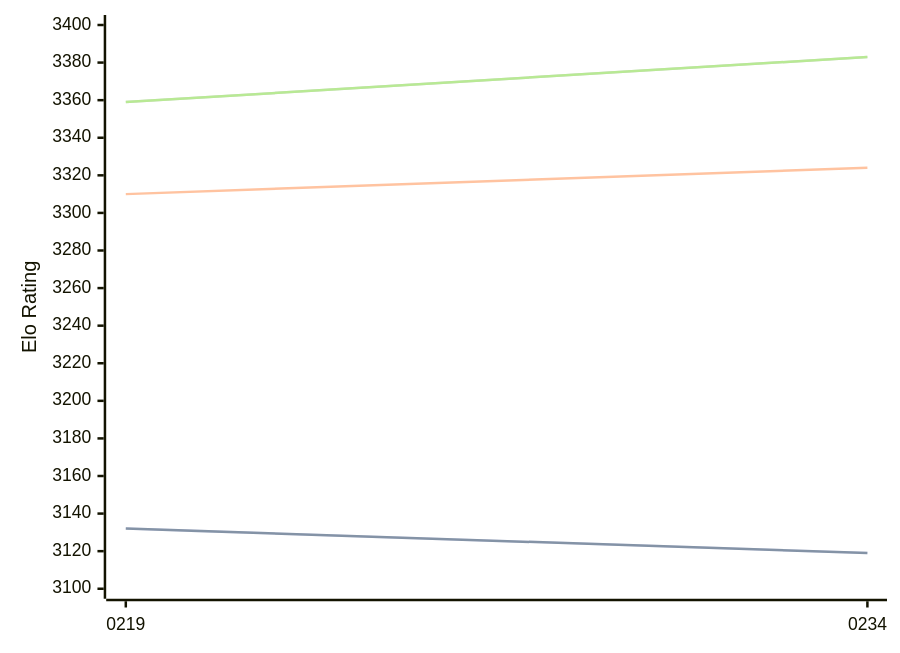
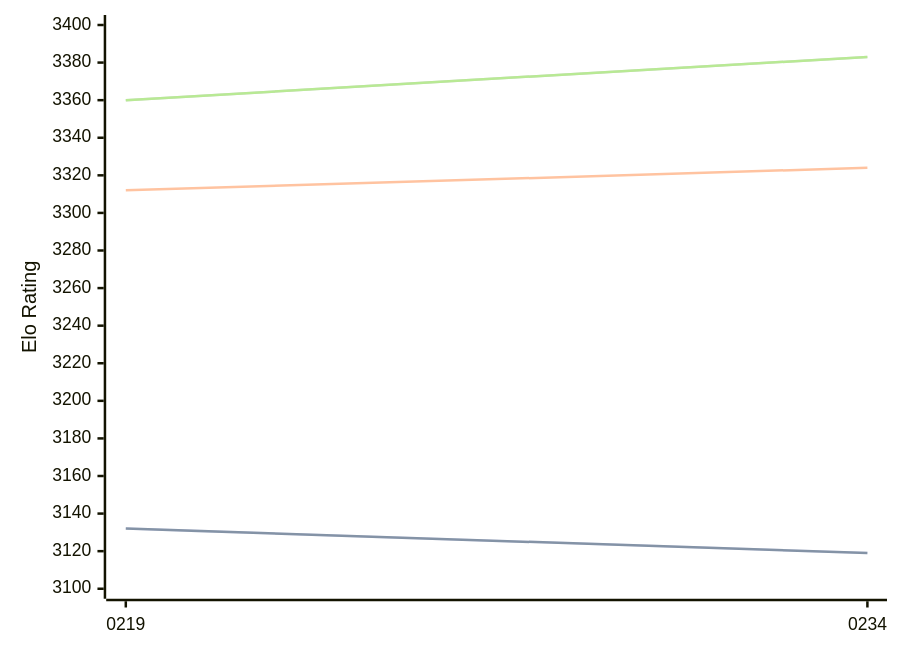
The first of 3 diagrams in engines/Ynode.md (computer-chess-index/cci), drawn with Mermaid before and after one commit. The commit also changed other lines of this file, not shown here.

Commit message:
Update CCI Ratings (ELO VLTC) - 2026-07-13

````diff
--- a/engines/Ynode.md
+++ b/engines/Ynode.md
@@ -39,11 +39,11 @@
 ```mermaid
 %%{init: {"theme":"base","themeVariables":{"seriesColors:['#a3a3a3','#222221','#faa371']}}}%%
 xychart-beta
   x-axis ["0219", "0234"]
   y-axis "Elo Rating" 3100 --> 3400
   line "STC (8.0+0.08s)" [3132, 3119]
   line "STC (8.0+0.08s)" [3132, 3119]
-  line "LTC (60.0+0.60s)" [3310, 3324]
-  line "VLTC (2m24s+1.12s)" [3359, 3383]
-  line "VLTC (2m24s+1.12s)" [3359, 3383]
+  line "LTC (60.0+0.60s)" [3312, 3324]
+  line "VLTC (2m24s+1.12s)" [3360, 3383]
+  line "VLTC (2m24s+1.12s)" [3360, 3383]
 ```
````
